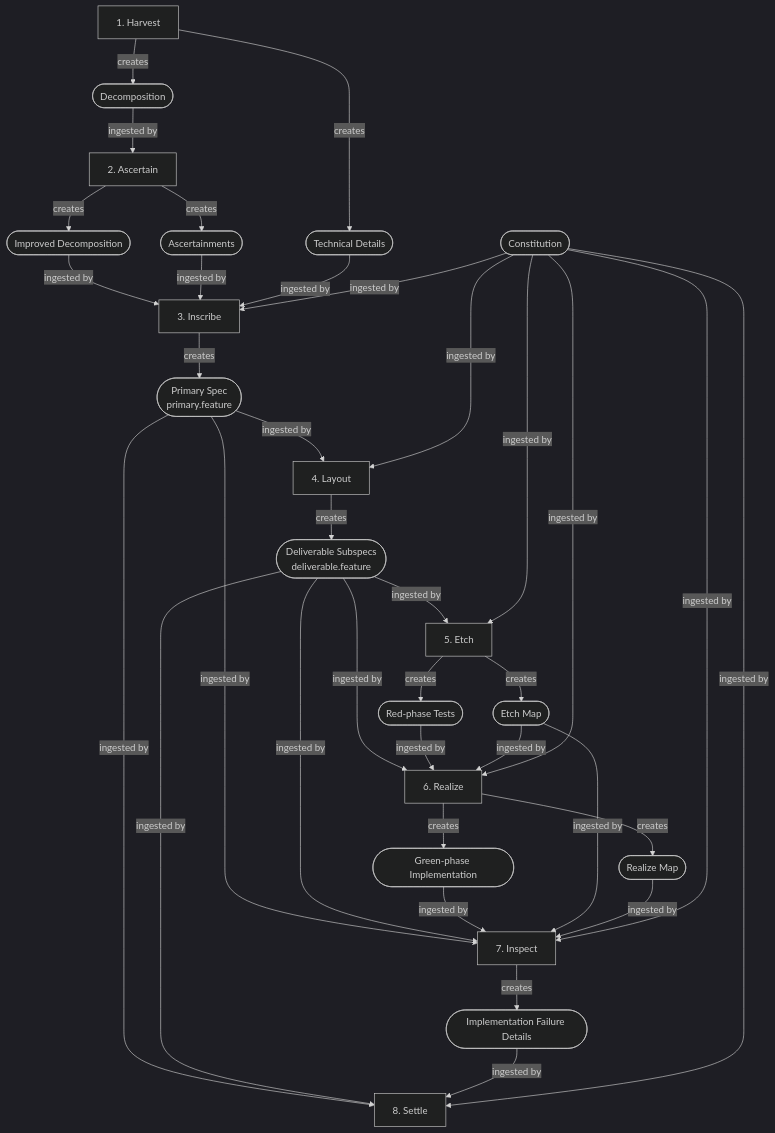
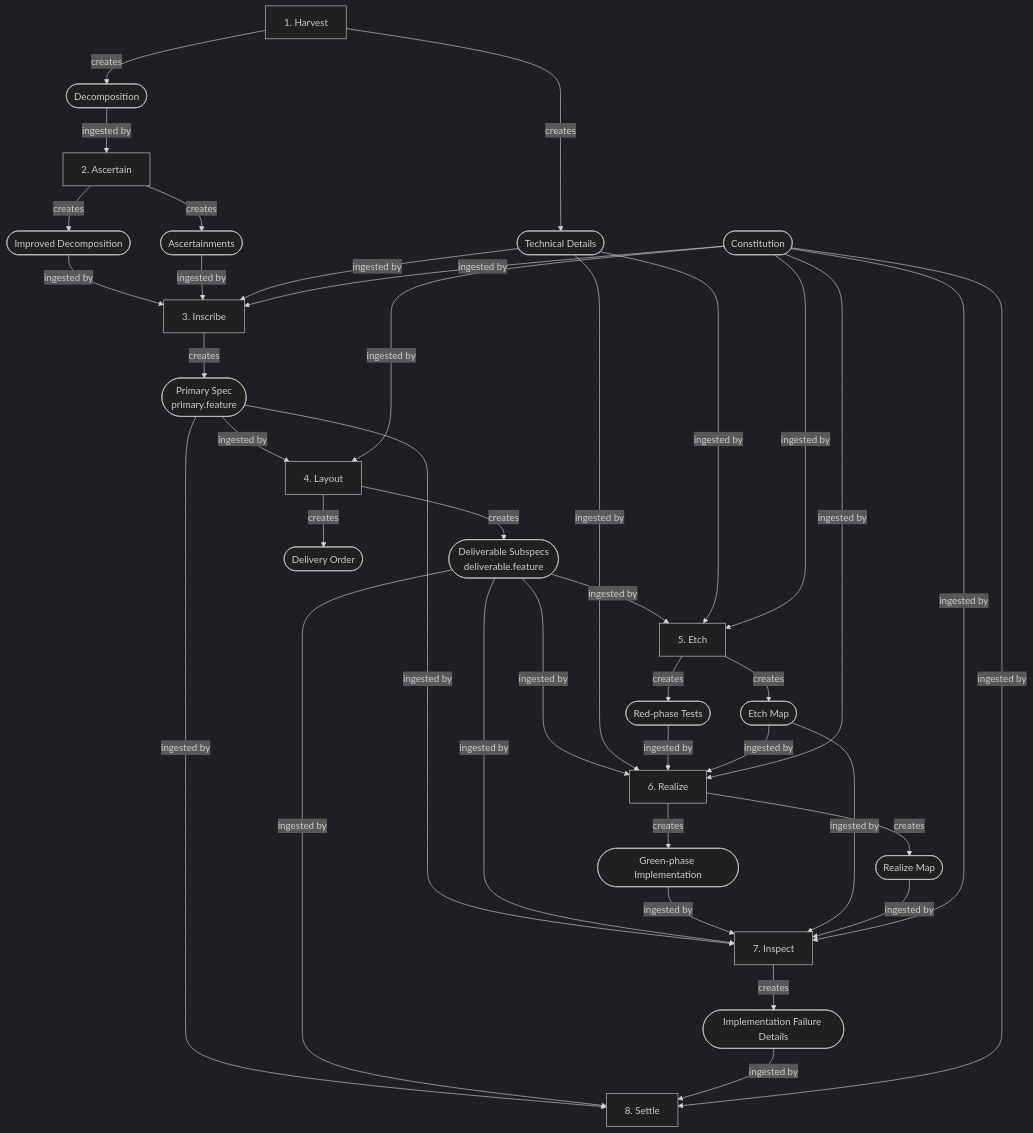
Before and after one commit to v0idbit/haileris: the second of 5 diagrams in docs/diagrams/diagrams.md, drawn with Mermaid (dark theme). The commit also changed other lines of this file and 3 other files, not shown here.

First line of the commit message:
docs: fix cross-reference coherence across diagrams, inspections, and stage docs

````diff
--- a/docs/diagrams/diagrams.md
+++ b/docs/diagrams/diagrams.md
@@ -65,54 +65,57 @@
 ```mermaid
 flowchart TD
     DEC([Decomposition])
     ID([Improved Decomposition])
     ASC([Ascertainments])
     PS([Primary Spec<br>primary.feature])
     CS([Deliverable Subspecs<br>deliverable.feature])
     RT([Red-phase Tests])
     ETM([Etch Map])
     GI([Green-phase Implementation])
     RM([Realize Map])
     IF([Implementation Failure Details])
     CON([Constitution])
 
     H[1. Harvest] -->|creates| DEC
     H -->|creates| TD([Technical Details])
     DEC -->|ingested by| A[2. Ascertain]
     A -->|creates| ID
     A -->|creates| ASC
     ID -->|ingested by| I[3. Inscribe]
     ASC -->|ingested by| I
     TD -->|ingested by| I
     CON -->|ingested by| I
 
     I -->|creates| PS
     PS -->|ingested by| L[4. Layout]
     CON -->|ingested by| L
 
     L -->|creates| CS
+    L -->|creates| DO([Delivery Order])
     CS -->|ingested by| E[5. Etch]
+    TD -->|ingested by| E
     CON -->|ingested by| E
 
     E -->|creates| RT
     E -->|creates| ETM
     CS -->|ingested by| R[6. Realize]
+    TD -->|ingested by| R
     RT -->|ingested by| R
     ETM -->|ingested by| R
     CON -->|ingested by| R
 
     R -->|creates| GI
     R -->|creates| RM
     PS -->|ingested by| IN[7. Inspect]
     CS -->|ingested by| IN
     GI -->|ingested by| IN
     ETM -->|ingested by| IN
     RM -->|ingested by| IN
     CON -->|ingested by| IN
 
     IN -->|creates| IF
     PS -->|ingested by| S[8. Settle]
     CS -->|ingested by| S
     IF -->|ingested by| S
     CON -->|ingested by| S
 ```
````
